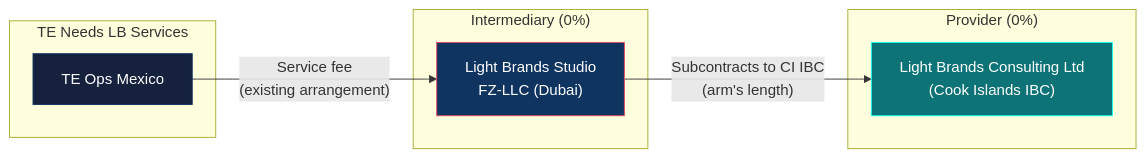
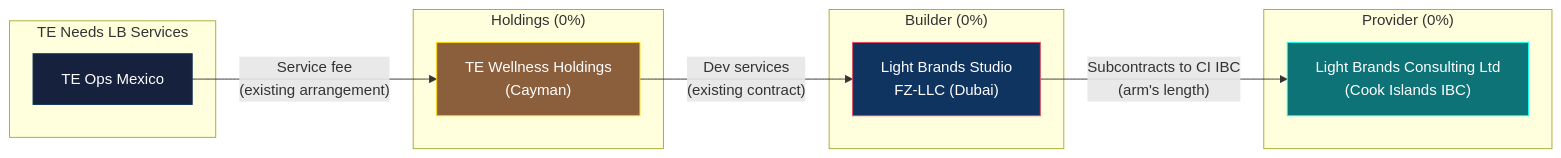
Before and after one commit to Light-Brands/epic-center: the fifth of 5 diagrams in docs/tax-structure/07-ECOSYSTEM-ARCHITECTURE.md, drawn with Mermaid. The commit also changed other lines of this file and 8 other files, not shown here.

First line of the commit message:
Integrate TE Wellness Holdings (Cayman) as investable vehicle into tax structure

````diff
--- a/docs/tax-structure/07-ECOSYSTEM-ARCHITECTURE.md
+++ b/docs/tax-structure/07-ECOSYSTEM-ARCHITECTURE.md
@@ -179,21 +195,27 @@
 ```mermaid
 graph LR
     subgraph "TE Needs LB Services"
         MEX2["TE Ops Mexico"]
     end
 
-    subgraph "Intermediary (0%)"
+    subgraph "Holdings (0%)"
+        CAYMAN3["TE Wellness Holdings<br/>(Cayman)"]
+    end
+
+    subgraph "Builder (0%)"
         UAE4["Light Brands Studio<br/>FZ-LLC (Dubai)"]
     end
 
     subgraph "Provider (0%)"
         CI3["Light Brands Consulting Ltd<br/>(Cook Islands IBC)"]
     end
 
-    MEX2 -->|"Service fee<br/>(existing arrangement)"| UAE4
+    MEX2 -->|"Service fee<br/>(existing arrangement)"| CAYMAN3
+    CAYMAN3 -->|"Dev services<br/>(existing contract)"| UAE4
     UAE4 -->|"Subcontracts to CI IBC<br/>(arm's length)"| CI3
 
     style MEX2 fill:#16213e,stroke:#0f3460,color:#fff
+    style CAYMAN3 fill:#8b5e3c,stroke:#ffd700,color:#fff
     style UAE4 fill:#0f3460,stroke:#e94560,color:#fff
     style CI3 fill:#0d7377,stroke:#14ffec,color:#fff
 ```
````
